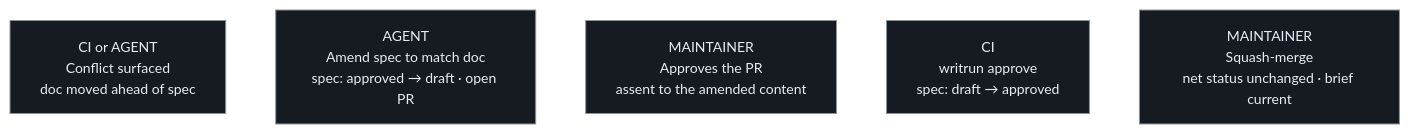
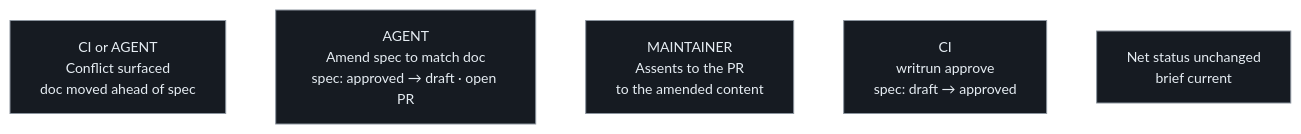
One commit to thomasfranke/writrun changed the sixth of 9 diagrams in docs/product/pipeline.md. Above: the diagram before and after it, drawn with Mermaid. The commit also changed other lines of this file and 7 other files, not shown here.

````diff
--- a/docs/product/pipeline.md
+++ b/docs/product/pipeline.md
@@ -246,10 +258,10 @@
 ```mermaid
 %%{init: {'theme':'base','themeVariables':{'background':'#0d1117','primaryColor':'#161b22','primaryTextColor':'#e6edf3','primaryBorderColor':'#8b949e','lineColor':'#ffffff','secondaryColor':'#161b22','tertiaryColor':'#161b22','fontSize':'14px'}}}%%
 flowchart LR
     A["CI or AGENT<br/>Conflict surfaced<br/>doc moved ahead of spec"]
     B["AGENT<br/>Amend spec to match doc<br/>spec: approved → draft · open PR"]
-    C["MAINTAINER<br/>Approves the PR<br/>assent to the amended content"]
+    C["MAINTAINER<br/>Assents to the PR<br/>to the amended content"]
     D["CI<br/>writrun approve<br/>spec: draft → approved"]
-    E["MAINTAINER<br/>Squash-merge<br/>net status unchanged · brief current"]
+    E["Net status unchanged<br/>brief current"]
     A --> B --> C --> D --> E
 ```
````
